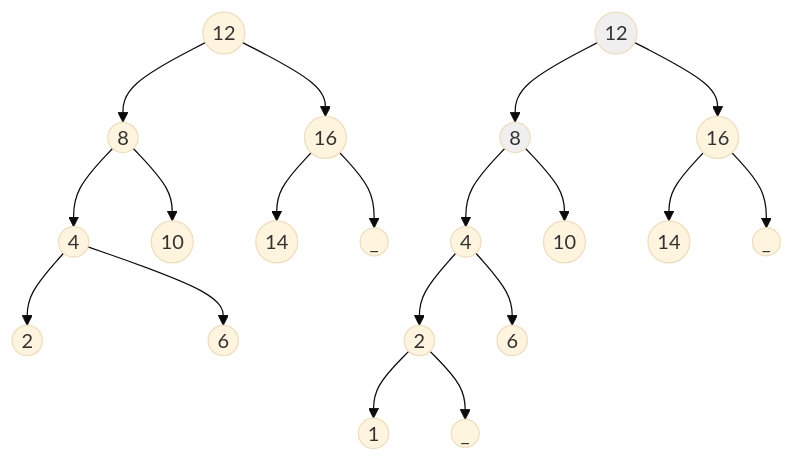
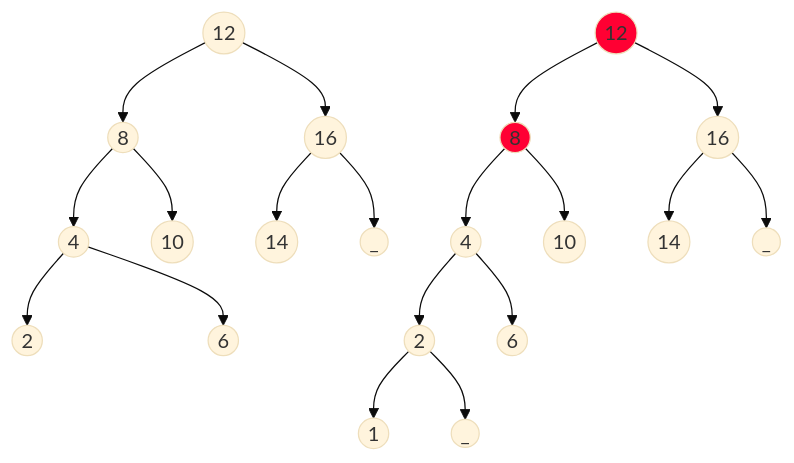
The diagram in lecture-notes/w08.md (jayshozie/ceng301), drawn with Mermaid (base theme) before and after one commit. The commit also changed other lines of this file, not shown here.

Commit message:
nrt in w08

````diff
--- a/lecture-notes/w08.md
+++ b/lecture-notes/w08.md
@@ -28,31 +28,31 @@
 ```mermaid
 graph TB
 
 1a((12)) --> 1b((8))
 1a --> 1c((16))
 
 1b --> 1d((4))
 1b --> 1e((10))
 
 1d --> 1f((2))
 1d --> 1g((6))
 
 1c --> 1h((14))
 1c --> 1z1((_))
 
-classDef unbalanced fill:#efefef
+classDef unbalanced fill:#f03
 2a((12)):::unbalanced --> 2b((8)):::unbalanced
 2a --> 2c((16))
 
 2b --> 2d((4))
 2b --> 2e((10))
 
 2c --> 2f((14))
 2c --> 2z1((_))
 
 2d --> 2g((2))
 2d --> 2h((6))
 
 2g --> 2i((1))
 2g --> 2z2((_))
 ```
````
